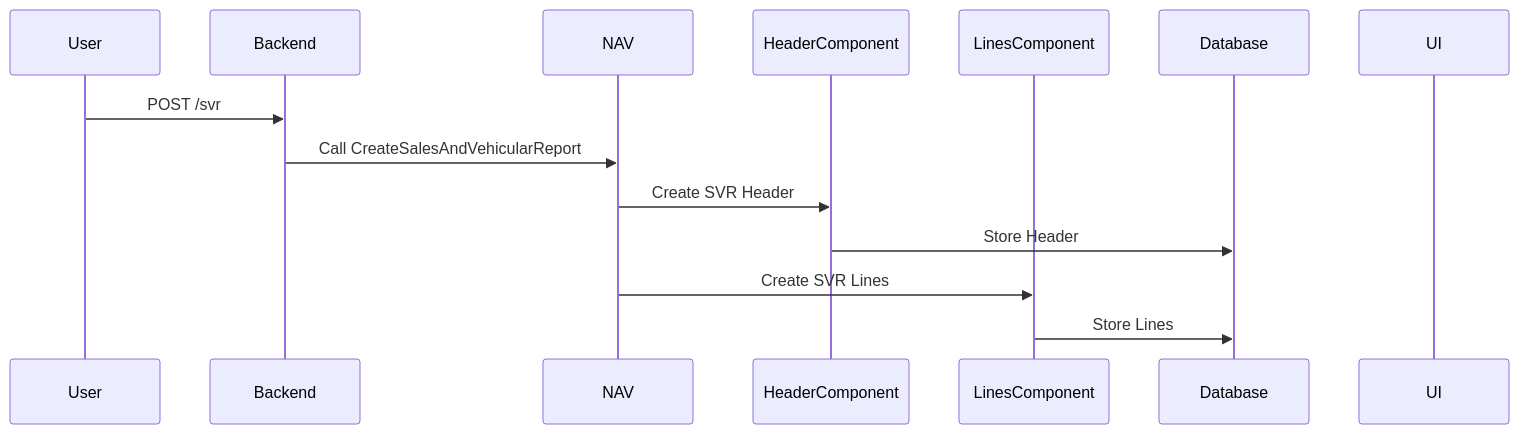
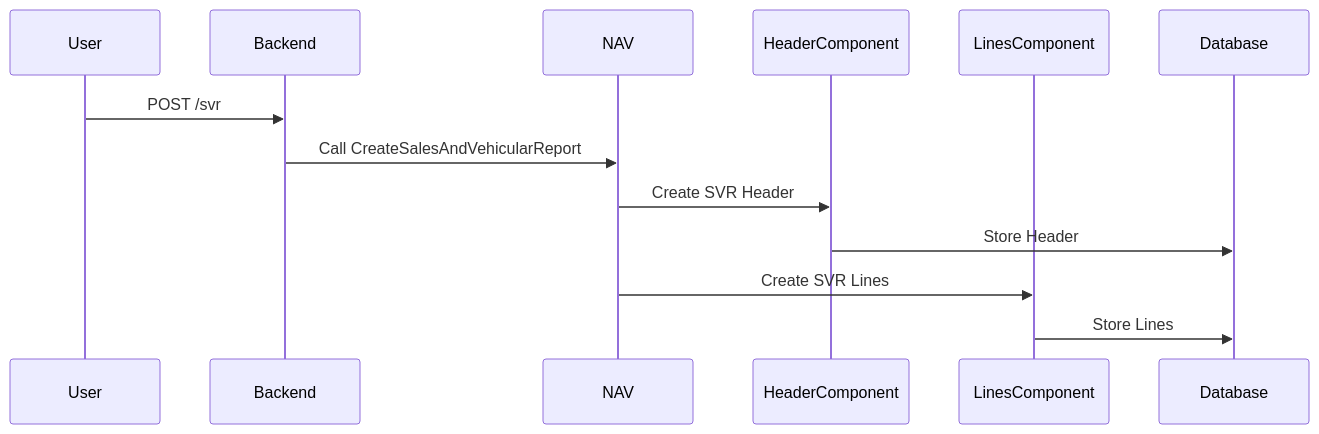
One commit to mincerray1/flows changed the diagram in seq_nav_svr.mmd. Above: the diagram before and after it, drawn with Mermaid.

```diff
--- a/seq_nav_svr.mmd
+++ b/seq_nav_svr.mmd
@@ -1,15 +1,14 @@
 sequenceDiagram
     participant User
     participant Backend
     participant NAV
     participant HeaderComponent
     participant LinesComponent
     participant Database
-    participant UI
 
     User->>Backend: POST /svr
     Backend->>NAV: Call CreateSalesAndVehicularReport
     NAV->>HeaderComponent: Create SVR Header
     HeaderComponent->>Database: Store Header
     NAV->>LinesComponent: Create SVR Lines
     LinesComponent->>Database: Store Lines
```
